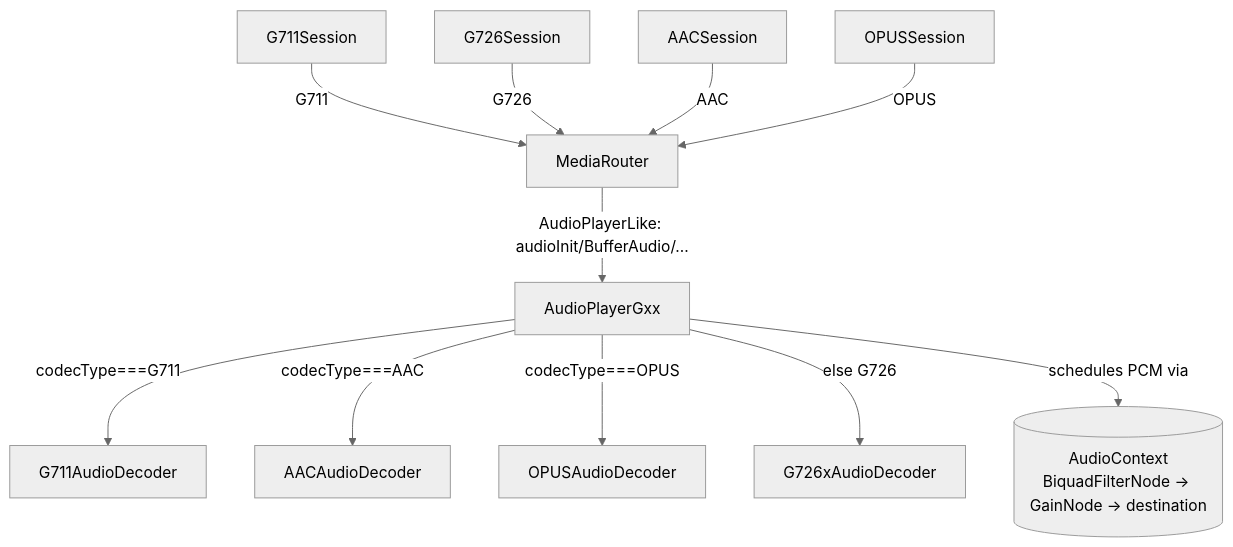
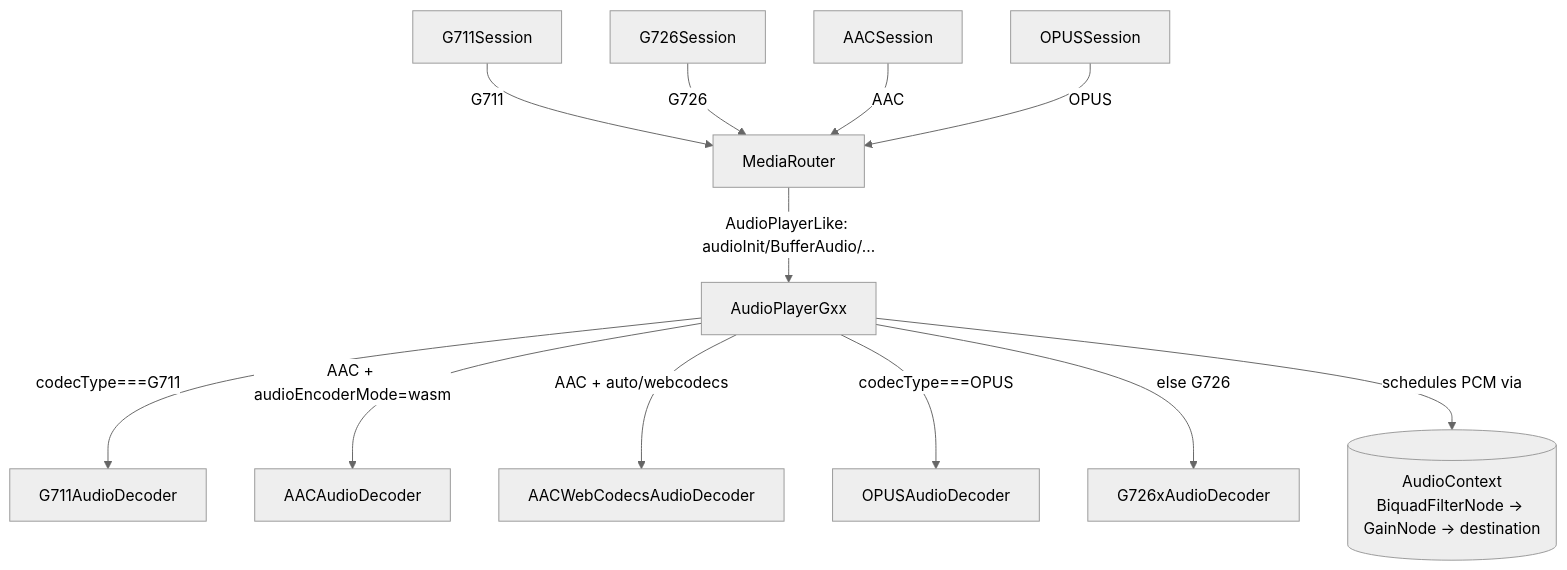
Diagram 12 of 12 in docs/player/06-listen-audio.md (melchi45/rtsp-over-websocket), drawn with Mermaid (neutral theme) before and after one commit. The commit also changed other lines of this file and 9 other files, not shown here.

````diff
--- a/docs/player/06-listen-audio.md
+++ b/docs/player/06-listen-audio.md
@@ -837,13 +958,14 @@
   ```mermaid
   flowchart TD
       G711Session -->|G711| MediaRouter
       G726Session -->|G726| MediaRouter
       AACSession -->|AAC| MediaRouter
       OPUSSession -->|OPUS| MediaRouter
       MediaRouter -->|AudioPlayerLike: audioInit/BufferAudio/...| AudioPlayerGxx
       AudioPlayerGxx -->|codecType===G711| G711AudioDecoder
-      AudioPlayerGxx -->|codecType===AAC| AACAudioDecoder
+      AudioPlayerGxx -->|"AAC + audioEncoderMode=wasm"| AACAudioDecoder
+      AudioPlayerGxx -->|"AAC + auto/webcodecs"| AACWebCodecsAudioDecoder
       AudioPlayerGxx -->|codecType===OPUS| OPUSAudioDecoder
       AudioPlayerGxx -->|else G726| G726xAudioDecoder
       AudioPlayerGxx -->|schedules PCM via| WebAudioAPI[("AudioContext<br/>BiquadFilterNode -> GainNode -> destination")]
   ```
````
